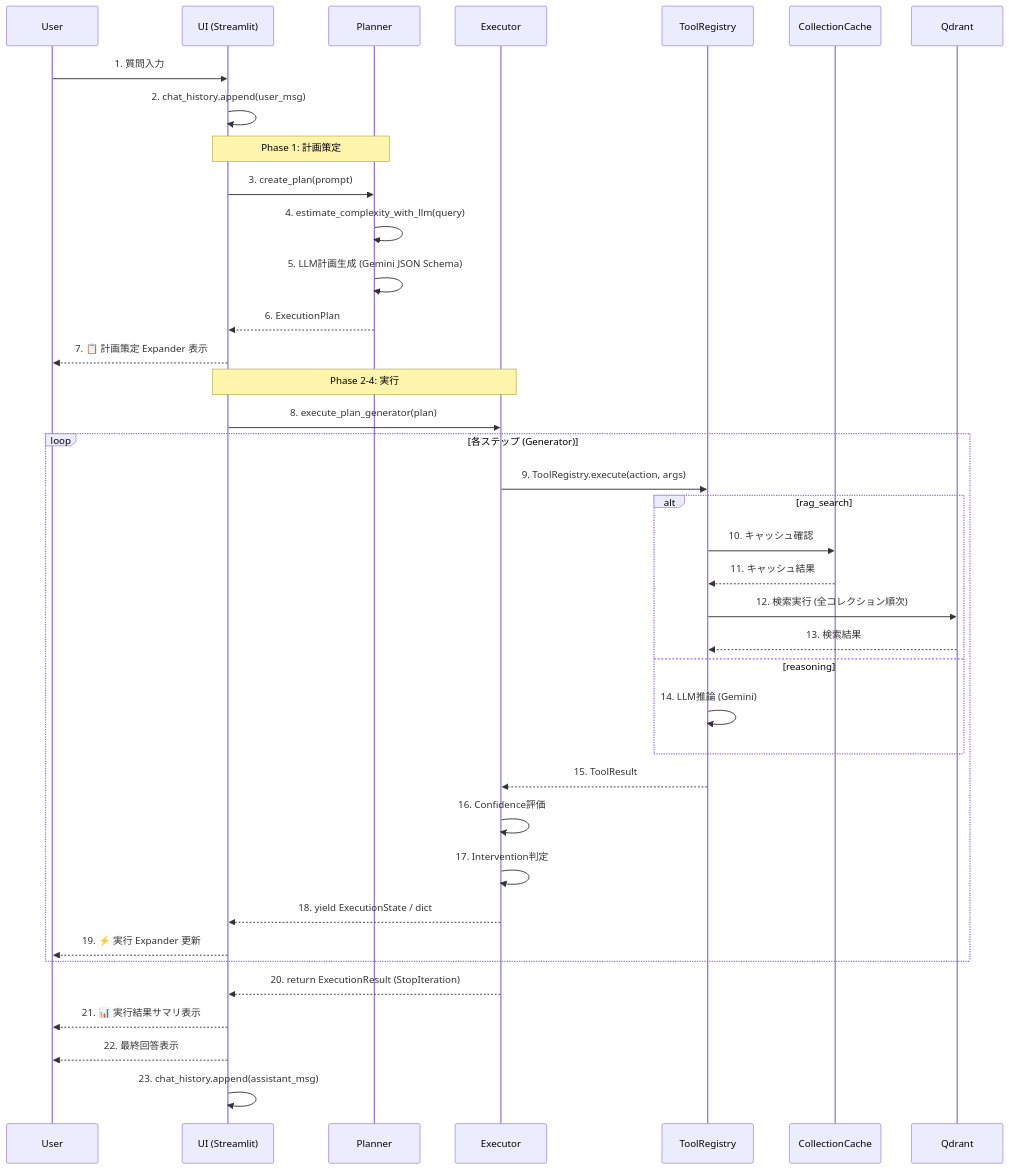
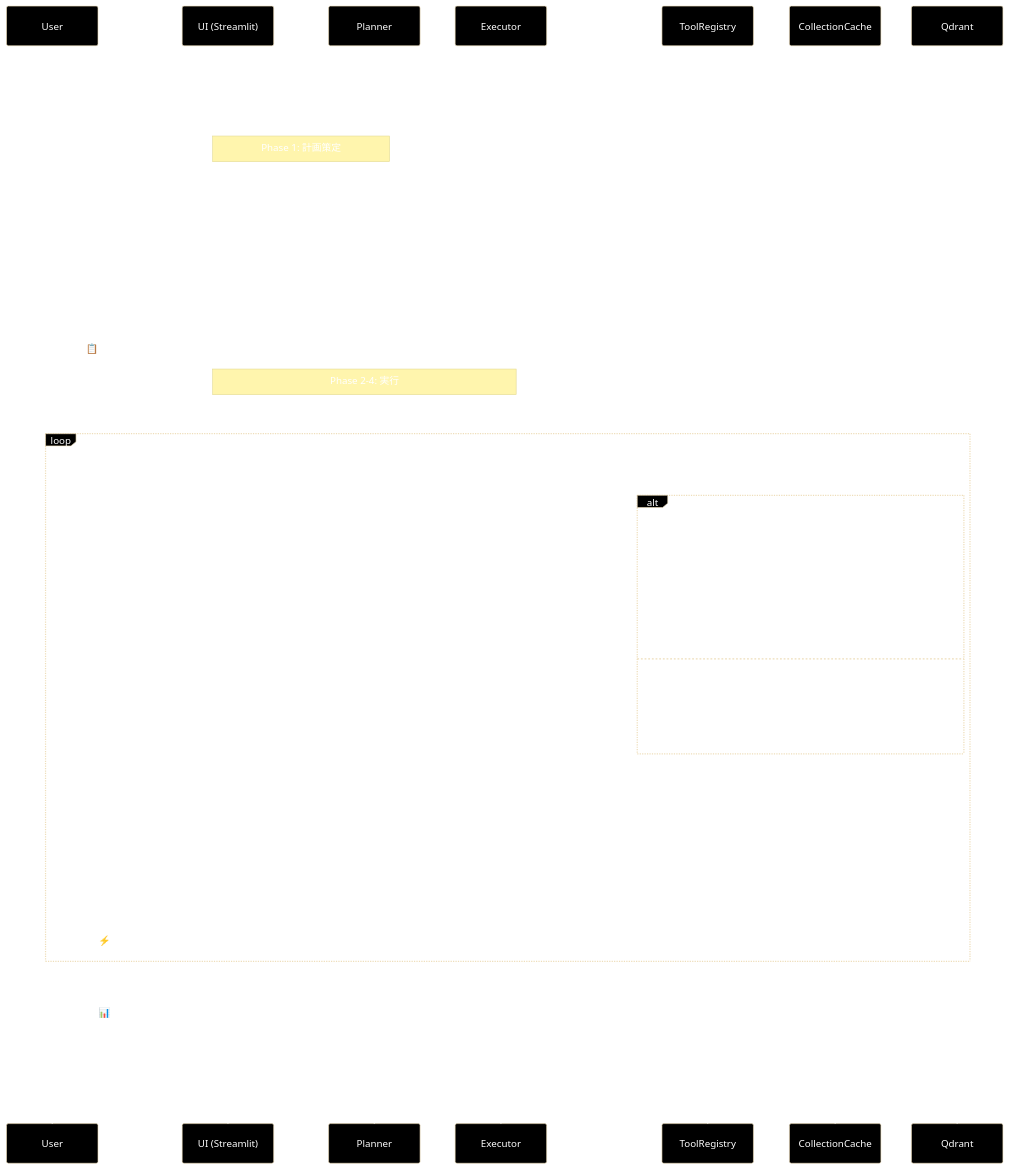
The eighth of 13 diagrams in readme_autonomous_agent.md (nakashima2toshio/anthropic_grace_agent), drawn with Mermaid before and after one commit. The commit also changed other lines of this file and 11 other files, not shown here.

````diff
--- a/readme_autonomous_agent.md
+++ b/readme_autonomous_agent.md
@@ -617,50 +666,51 @@
 ```mermaid
+%%{ init: { "theme": "base", "themeVariables": {"background": "#000000", "mainBkg": "#000000","textColor": "#ffffff", "lineColor": "#ffffff","actorBkg": "#000000", "actorTextColor": "#ffffff","actorLineColor": "#ffffff", "noteBkg": "#1a1a1a","noteTextColor": "#ffffff" } } }%%
 sequenceDiagram
     participant User as User
     participant UI as UI (Streamlit)
     participant Planner as Planner
     participant Executor as Executor
     participant Tools as ToolRegistry
     participant Cache as CollectionCache
     participant Qdrant as Qdrant
 
     User->>UI: 1. 質問入力
     UI->>UI: 2. chat_history.append(user_msg)
 
     Note over UI,Planner: Phase 1: 計画策定
 
     UI->>Planner: 3. create_plan(prompt)
     Planner->>Planner: 4. estimate_complexity_with_llm(query)
-    Planner->>Planner: 5. LLM計画生成 (Gemini JSON Schema)
+    Planner->>Planner: 5. LLM計画生成 (Anthropic Claude)
     Planner-->>UI: 6. ExecutionPlan
     UI-->>User: 7. 📋 計画策定 Expander 表示
 
     Note over UI,Executor: Phase 2-4: 実行
 
     UI->>Executor: 8. execute_plan_generator(plan)
 
     loop 各ステップ (Generator)
         Executor->>Tools: 9. ToolRegistry.execute(action, args)
 
         alt rag_search
             Tools->>Cache: 10. キャッシュ確認
             Cache-->>Tools: 11. キャッシュ結果
             Tools->>Qdrant: 12. 検索実行 (全コレクション順次)
             Qdrant-->>Tools: 13. 検索結果
         else reasoning
-            Tools->>Tools: 14. LLM推論 (Gemini)
+            Tools->>Tools: 14. LLM推論 (Claude Sonnet)
         end
 
         Tools-->>Executor: 15. ToolResult
         Executor->>Executor: 16. Confidence評価
         Executor->>Executor: 17. Intervention判定
 
         Executor-->>UI: 18. yield ExecutionState / dict
         UI-->>User: 19. ⚡ 実行 Expander 更新
     end
 
     Executor-->>UI: 20. return ExecutionResult (StopIteration)
     UI-->>User: 21. 📊 実行結果サマリ表示
     UI-->>User: 22. 最終回答表示
     UI->>UI: 23. chat_history.append(assistant_msg)
 ```
````
